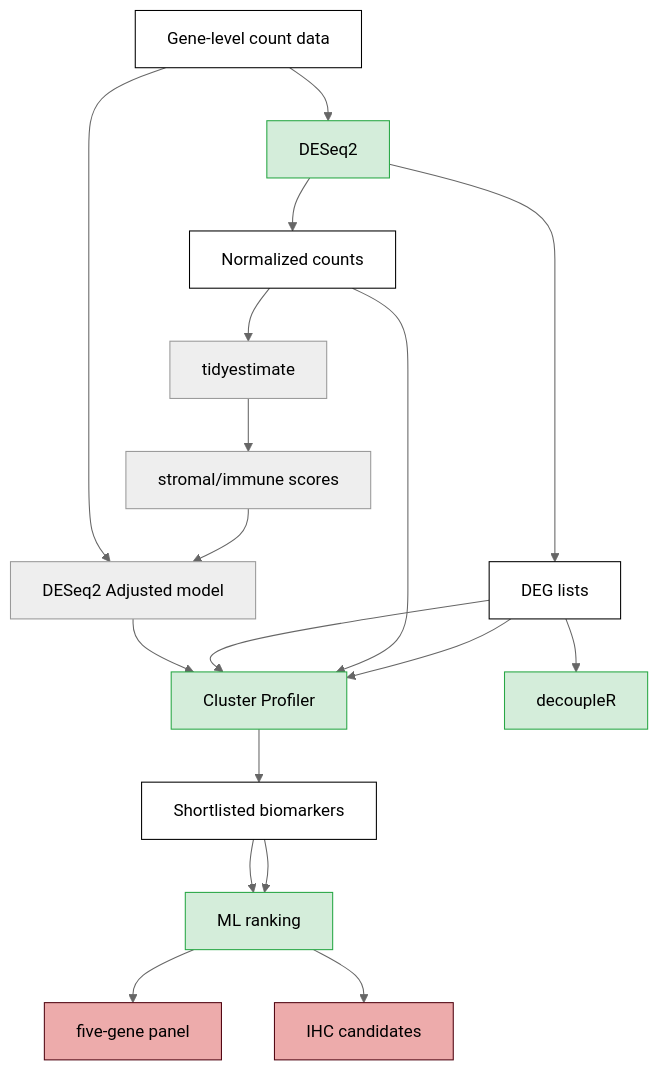
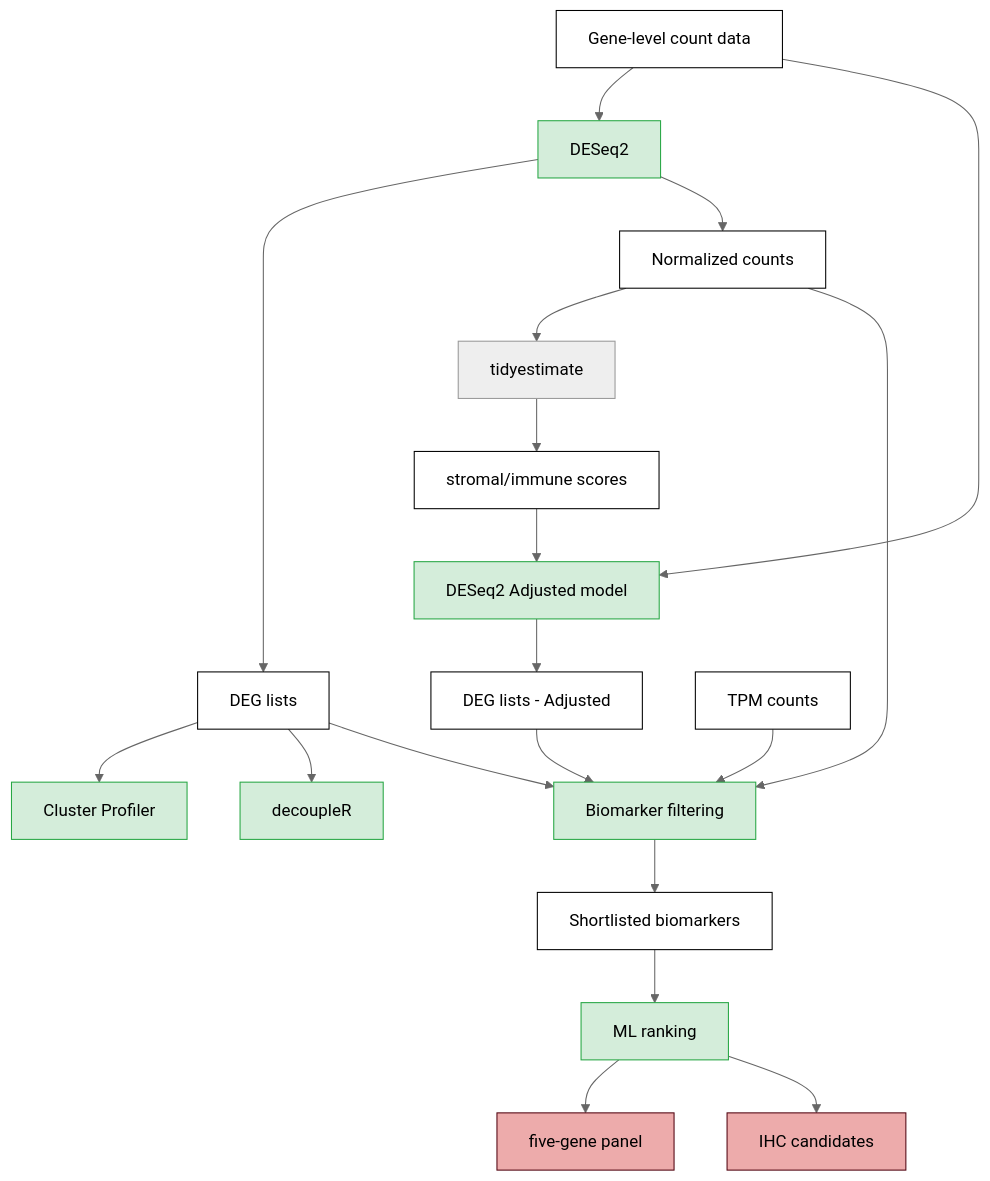
Before and after one commit to tudumanne/BulkRNAseq_Barretts: the diagram in R/README.md, drawn with Mermaid (neutral theme).

Commit message:
Updated R workflow

````diff
--- a/R/README.md
+++ b/R/README.md
@@ -43,25 +43,26 @@
 ``` mermaid
 graph TD; 
     classDef method fill:#d4edda,stroke:#28a745;
     classDef input fill:#ffffff,stroke:#000000;
     classDef output1 fill:#ffffff,stroke:#000000;
     classDef output2 fill:#edabab,stroke:#520612;
     
     A[Gene-level count data]:::input-->B[DESeq2]:::method;
     B-->C[DEG lists]:::output1;
     B-->D[Normalized counts]:::output1;
     D-->E[tidyestimate];
-    E-->F[stromal/immune scores];
-    A-->G[DESeq2 Adjusted model];
+    E-->F[stromal/immune scores]:::output1;;
+    A-->G[DESeq2 Adjusted model]:::method;;
     F-->G;
-    G-->H[Normalized counts]:::output1;
-    C-->H[Cluster Profiler]:::method;
-    C-->I[decoupleR]:::method;
-    J[TPM counts]:::input-->K[Biomarker filtering]:::method;
-    D-->H;
-    C-->H;
-    H-->J[Shortlisted biomarkers]:::output1;
-    J-->K[ML ranking]:::method;
-    K-->M[five-gene panel]:::output2;
-    K-->N[IHC candidates]:::output2;
+    G-->H[DEG lists - Adjusted]:::output1;
+    C-->I[Cluster Profiler]:::method;
+    C-->J[decoupleR]:::method;
+    K[TPM counts]:::input-->L[Biomarker filtering]:::method;
+    D-->L;
+    C-->L;
+    H-->L;
+    L-->M[Shortlisted biomarkers]:::output1;
+    M-->N[ML ranking]:::method;
+    N-->O[five-gene panel]:::output2;
+    N-->P[IHC candidates]:::output2;
 ```
````
